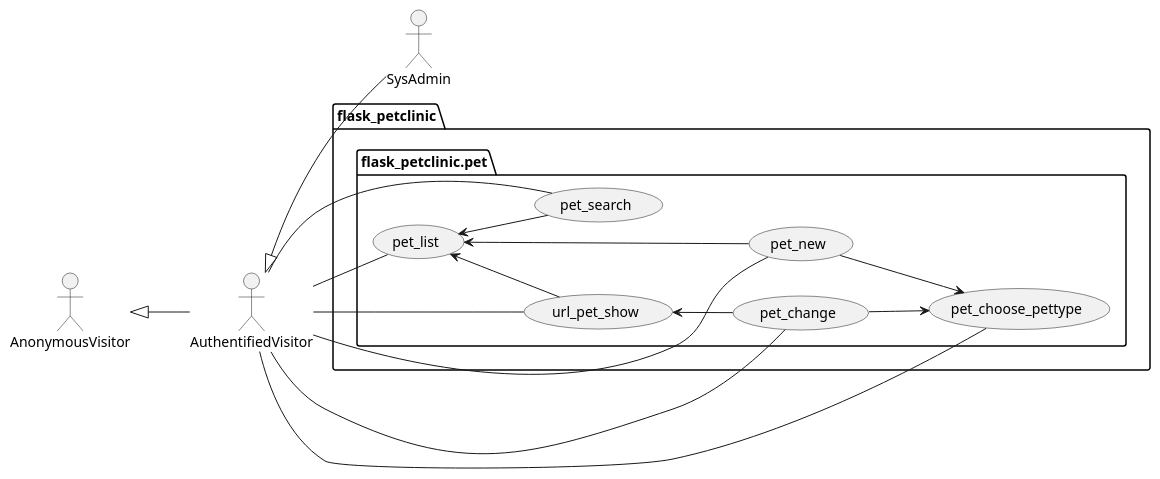
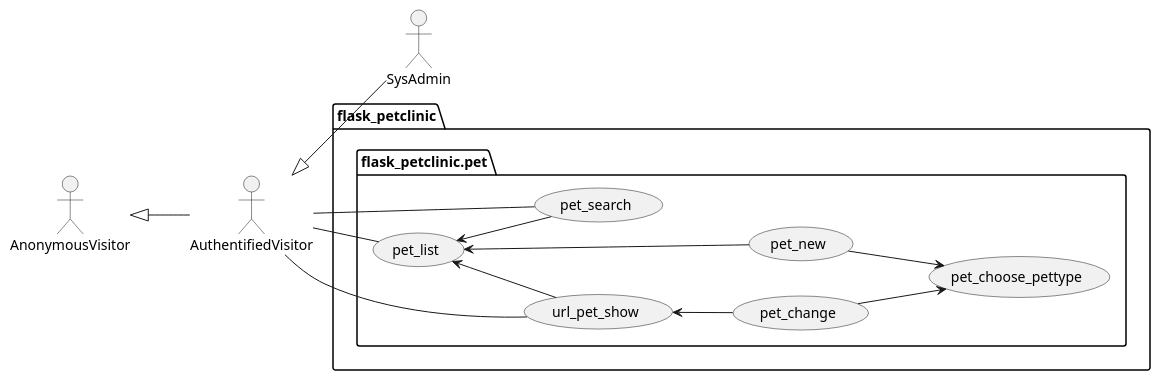
Before and after one commit to Jakarta-EE-Petclinic/petclinic_flask: the diagram in project/petclinic_model/pet/pet.puml, drawn with PlantUML. The commit also changed 1 other file, not shown here.

```diff
--- a/project/petclinic_model/pet/pet.puml
+++ b/project/petclinic_model/pet/pet.puml
@@ -1,36 +1,34 @@
 @startuml
 left to right direction
 
 actor AnonymousVisitor as av
 actor AuthentifiedVisitor as au
 actor SysAdmin as sa
 
 av <|-- au
 au <|-- sa
 
 package flask_petclinic {
 
     package flask_petclinic.pet {
         usecase pet_search as uc5000
         usecase pet_list as uc5001
         usecase pet_new as uc5002
         usecase url_pet_show as uc5003
         usecase pet_change as uc5004
         usecase pet_choose_pettype as uc5005
 
         au -- uc5000
         au -- uc5001
-        au -- uc5002
+        ' au -- uc5002
         au -- uc5003
-        au -- uc5004
-        au -- uc5005
 
         uc5001 <-- uc5000
         uc5001 <-- uc5002
         uc5001 <-- uc5003
         uc5003 <-- uc5004
         uc5002 --> uc5005
         uc5004 --> uc5005
     }
 }
 @enduml
```
